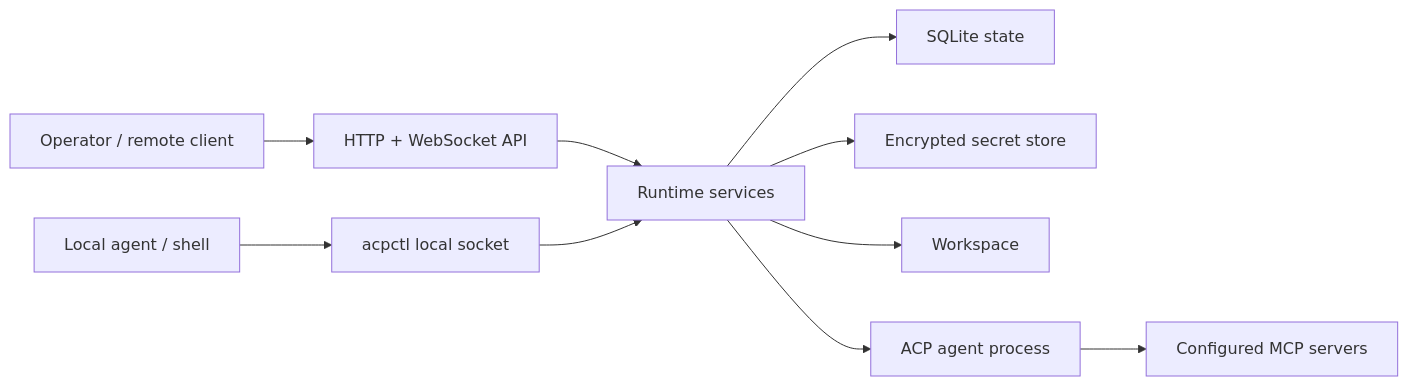
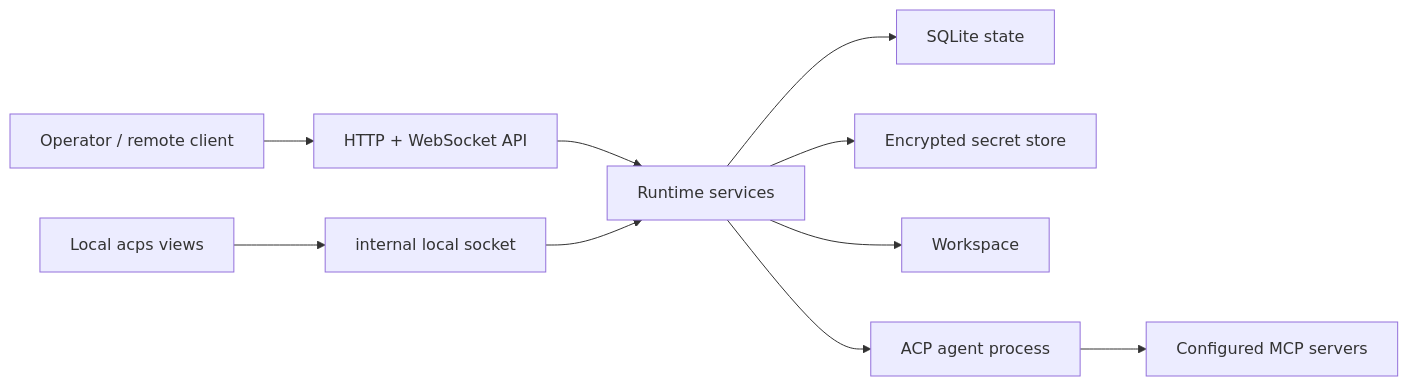
One commit to atrium-cloud/acp-stack changed the diagram in docs/mgmt/architecture.md. Above: the diagram before and after it, drawn with Mermaid. The commit also changed other lines of this file and 59 other files, not shown here.

````diff
--- a/docs/mgmt/architecture.md
+++ b/docs/mgmt/architecture.md
@@ -7,12 +7,12 @@
 ```mermaid
 flowchart LR
     Operator["Operator / remote client"] --> API["HTTP + WebSocket API"]
-    Local["Local agent / shell"] --> ACPCTL["acpctl local socket"]
+    Local["Local acps views"] --> LocalSocket["internal local socket"]
     API --> Runtime["Runtime services"]
-    ACPCTL --> Runtime
+    LocalSocket --> Runtime
     Runtime --> State["SQLite state"]
     Runtime --> Secrets["Encrypted secret store"]
     Runtime --> Workspace["Workspace"]
     Runtime --> Agent["ACP agent process"]
     Agent --> MCP["Configured MCP servers"]
 ```
````
